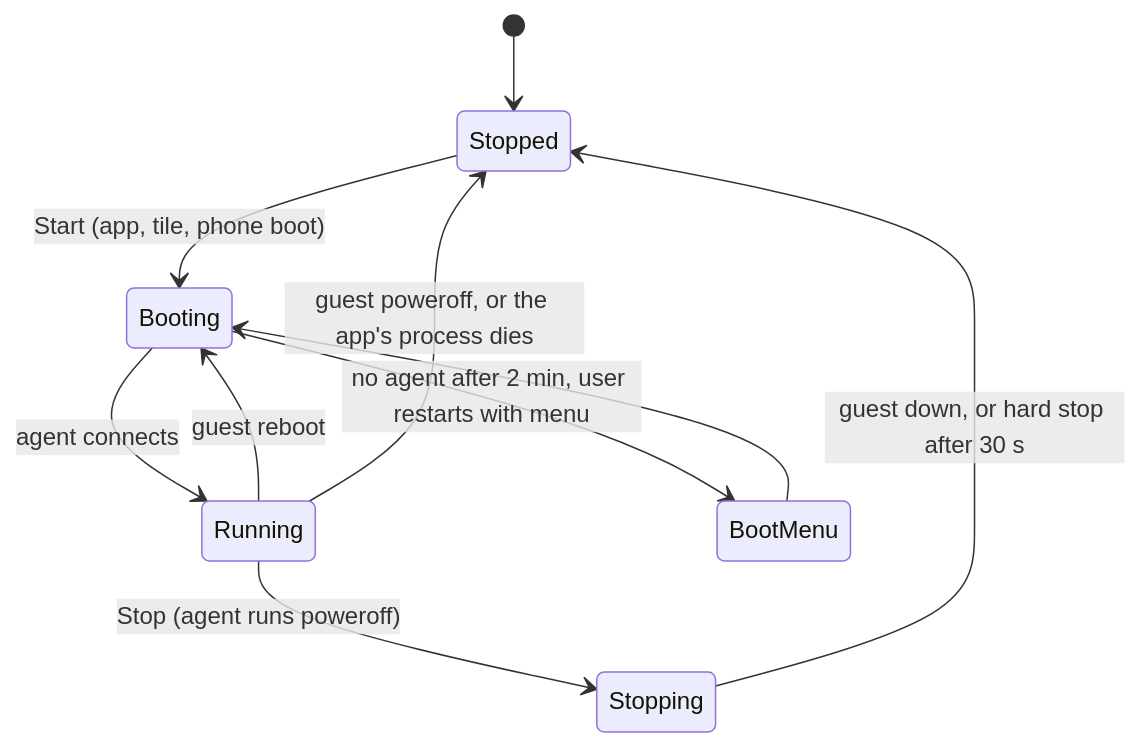
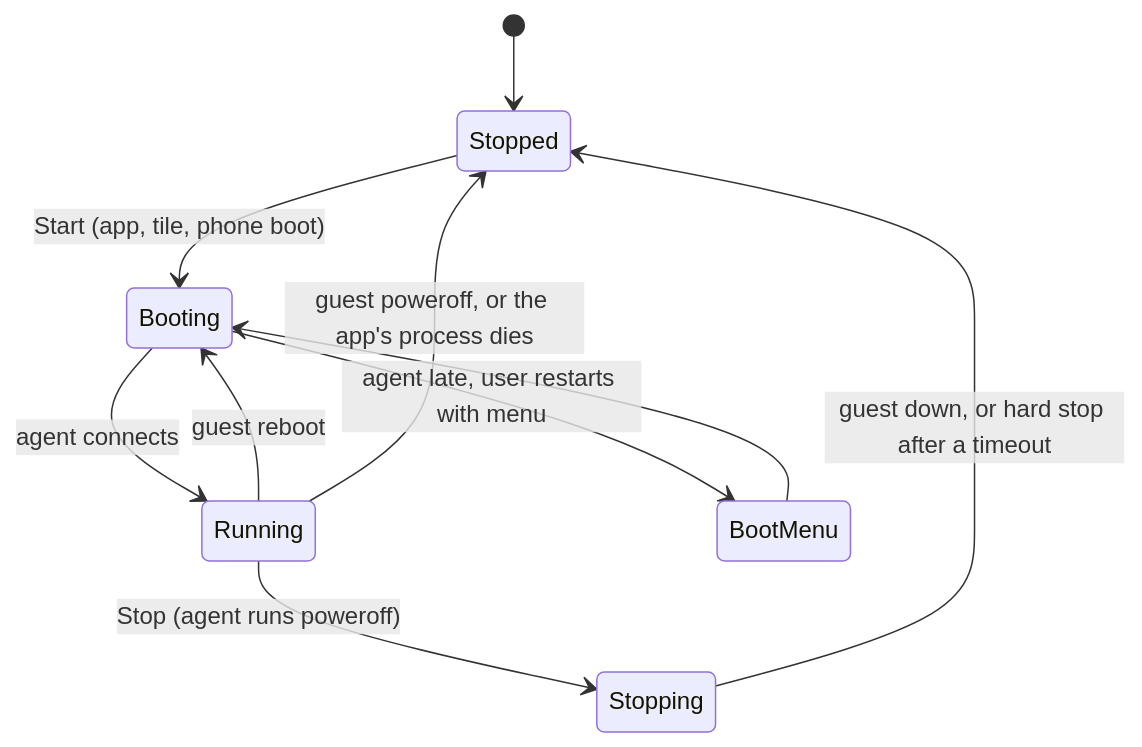
One commit to nickolaj-jepsen/pocketnix changed the second of 2 diagrams in docs/architecture.md. Above: the diagram before and after it, drawn with Mermaid. The commit also changed other lines of this file and 7 other files, not shown here.

````diff
--- a/docs/architecture.md
+++ b/docs/architecture.md
@@ -81,12 +77,12 @@
 ```mermaid
 stateDiagram-v2
   [*] --> Stopped
   Stopped --> Booting: Start (app, tile, phone boot)
   Booting --> Running: agent connects
-  Booting --> BootMenu: no agent after 2 min, user restarts with menu
+  Booting --> BootMenu: agent late, user restarts with menu
   BootMenu --> Booting
   Running --> Stopping: Stop (agent runs poweroff)
-  Stopping --> Stopped: guest down, or hard stop after 30 s
+  Stopping --> Stopped: guest down, or hard stop after a timeout
   Running --> Booting: guest reboot
   Running --> Stopped: guest poweroff, or the app's process dies
 ```
````
